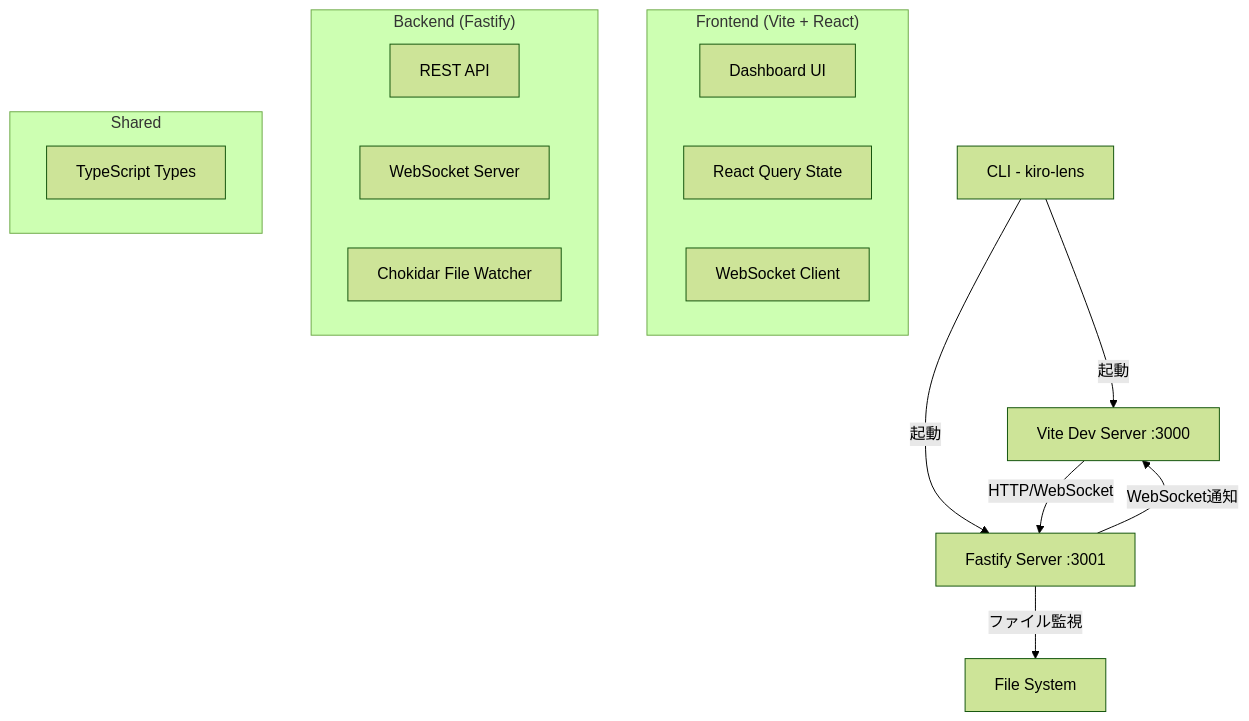
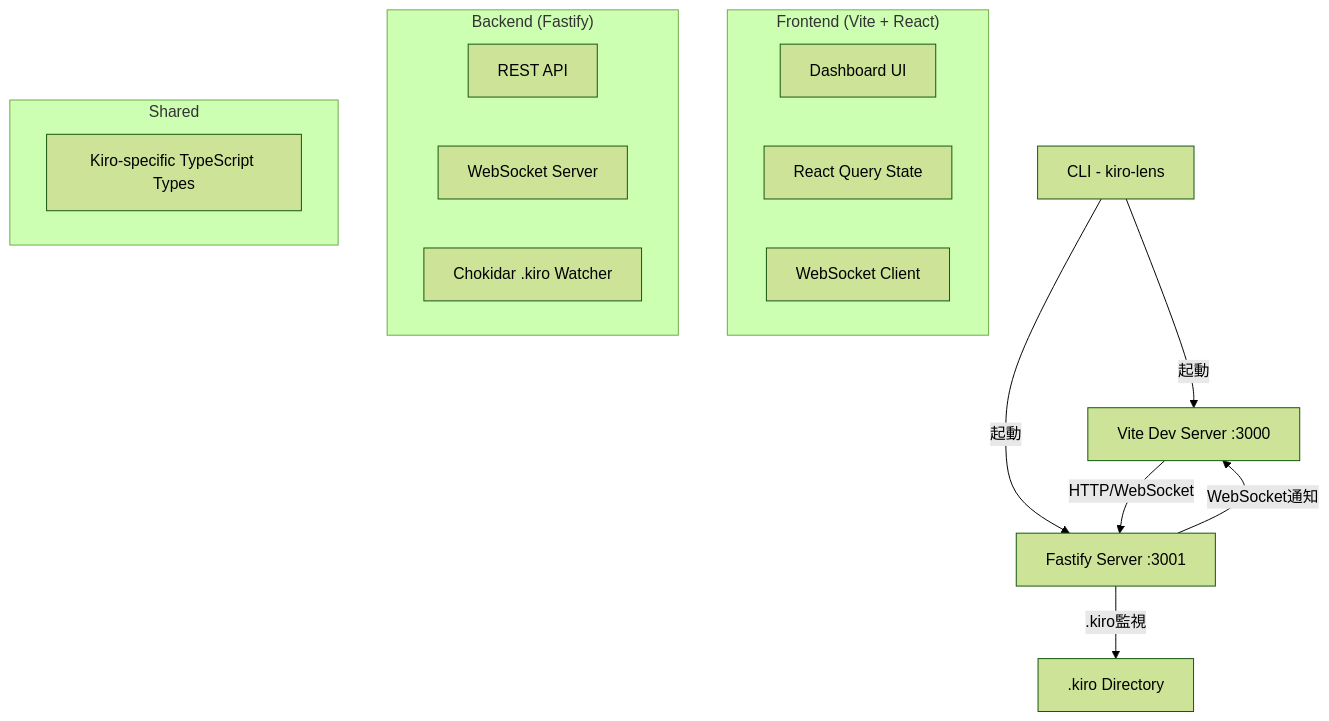
One commit to mzkmnk/kiro-lens changed the diagram in .kiro/specs/figma-mcp-dashboard/design.md. Above: the diagram before and after it, drawn with Mermaid (forest theme). The commit also changed other lines of this file and 2 other files, not shown here.

````diff
--- a/.kiro/specs/figma-mcp-dashboard/design.md
+++ b/.kiro/specs/figma-mcp-dashboard/design.md
@@ -11,25 +11,25 @@
 ```mermaid
 graph TB
     CLI[CLI - kiro-lens] --> |起動| Frontend[Vite Dev Server :3000]
     CLI --> |起動| Backend[Fastify Server :3001]
     
     Frontend --> |HTTP/WebSocket| Backend
-    Backend --> |ファイル監視| FS[File System]
+    Backend --> |.kiro監視| KiroFS[.kiro Directory]
     Backend --> |WebSocket通知| Frontend
     
     subgraph "Frontend (Vite + React)"
         UI[Dashboard UI]
         State[React Query State]
         WS[WebSocket Client]
     end
     
     subgraph "Backend (Fastify)"
         API[REST API]
         WSS[WebSocket Server]
-        FileWatcher[Chokidar File Watcher]
+        KiroWatcher[Chokidar .kiro Watcher]
     end
     
     subgraph "Shared"
-        Types[TypeScript Types]
+        KiroTypes[Kiro-specific TypeScript Types]
     end
 ```
````
